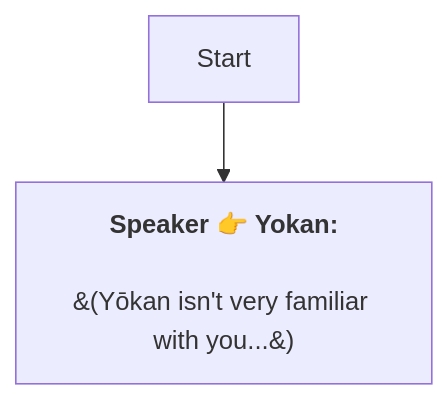
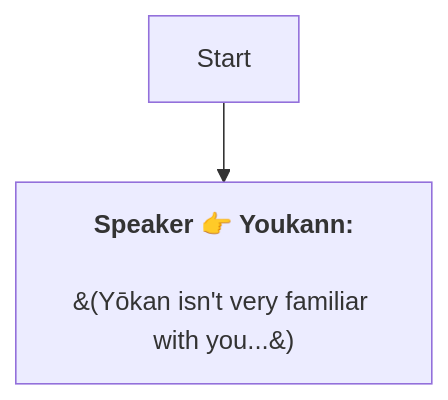
Before and after one commit to SoftHu/tos_avg: the diagram in En/Youkann.md, drawn with Mermaid. The commit also changed 737 other files, not shown here.

````diff
--- a/En/Youkann.md
+++ b/En/Youkann.md
@@ -1,7 +1,6 @@
 ```mermaid
 graph
-Start -->1741635430186216[<b>Speaker 👉 Yokan:</b>
+Start -->1741635430186216[<b>Speaker 👉 Youkann:</b>
+\n&#40;Yōkan isn't very familiar with you...&#41;]
 
-&#40;Yōkan isn't very familiar with you...&#41;]
-
- ```
+```
````
